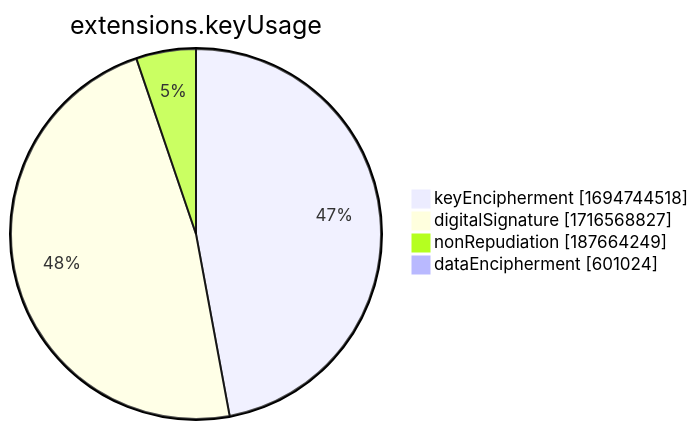
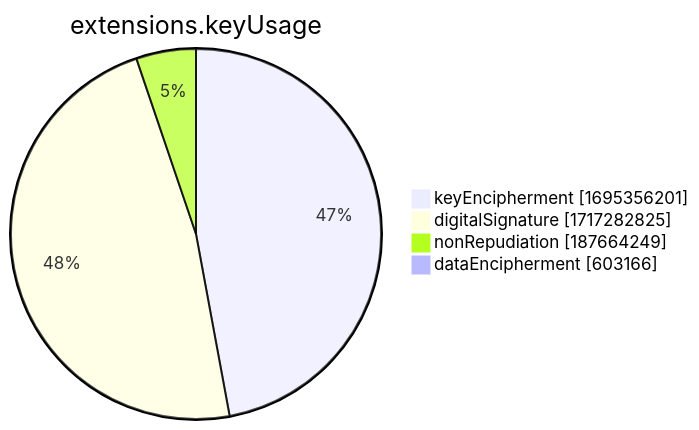
One commit to christiankrug/ctmonitor_visualization changed the seventh of 15 diagrams in xenon2022/README.md. Above: the diagram before and after it, drawn with Mermaid. The commit also changed other lines of this file, not shown here.

````diff
--- a/xenon2022/README.md
+++ b/xenon2022/README.md
@@ -2858,8 +2858,8 @@
 ```mermaid
 pie showData
 title extensions.keyUsage
-"keyEncipherment" :1694744518
-"digitalSignature" :1716568827
+"keyEncipherment" :1695356201
+"digitalSignature" :1717282825
 "nonRepudiation" :187664249
-"dataEncipherment" :601024
+"dataEncipherment" :603166
 ```
````
